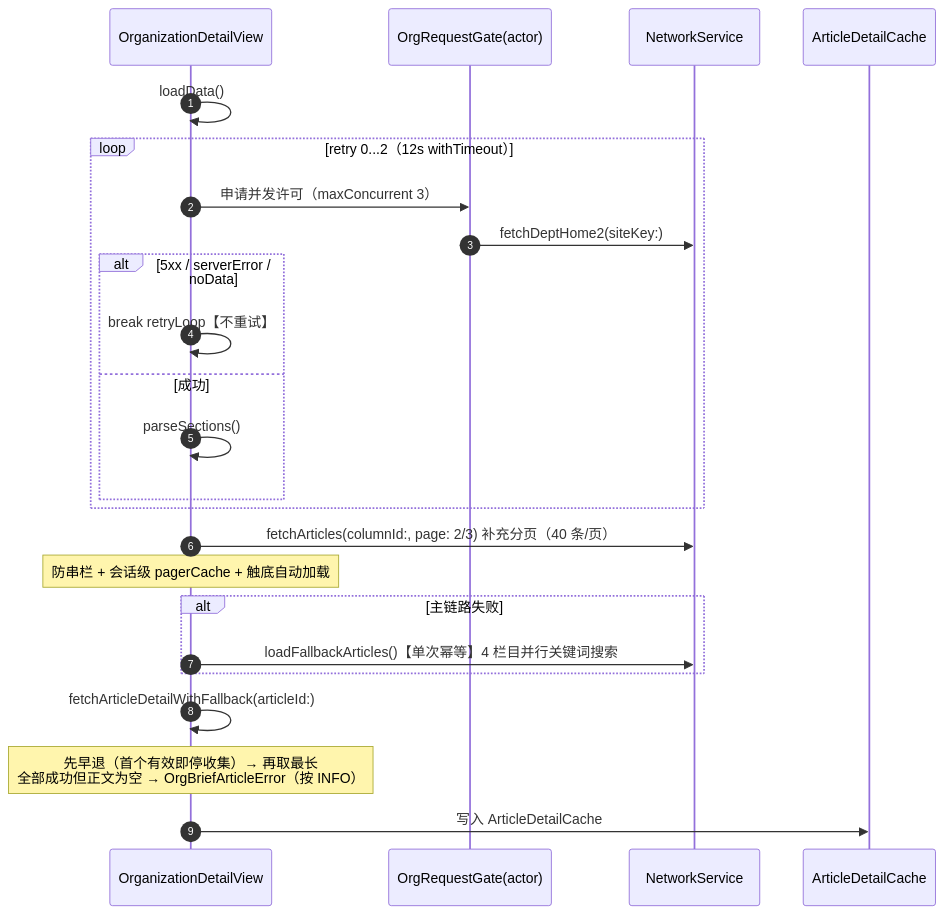
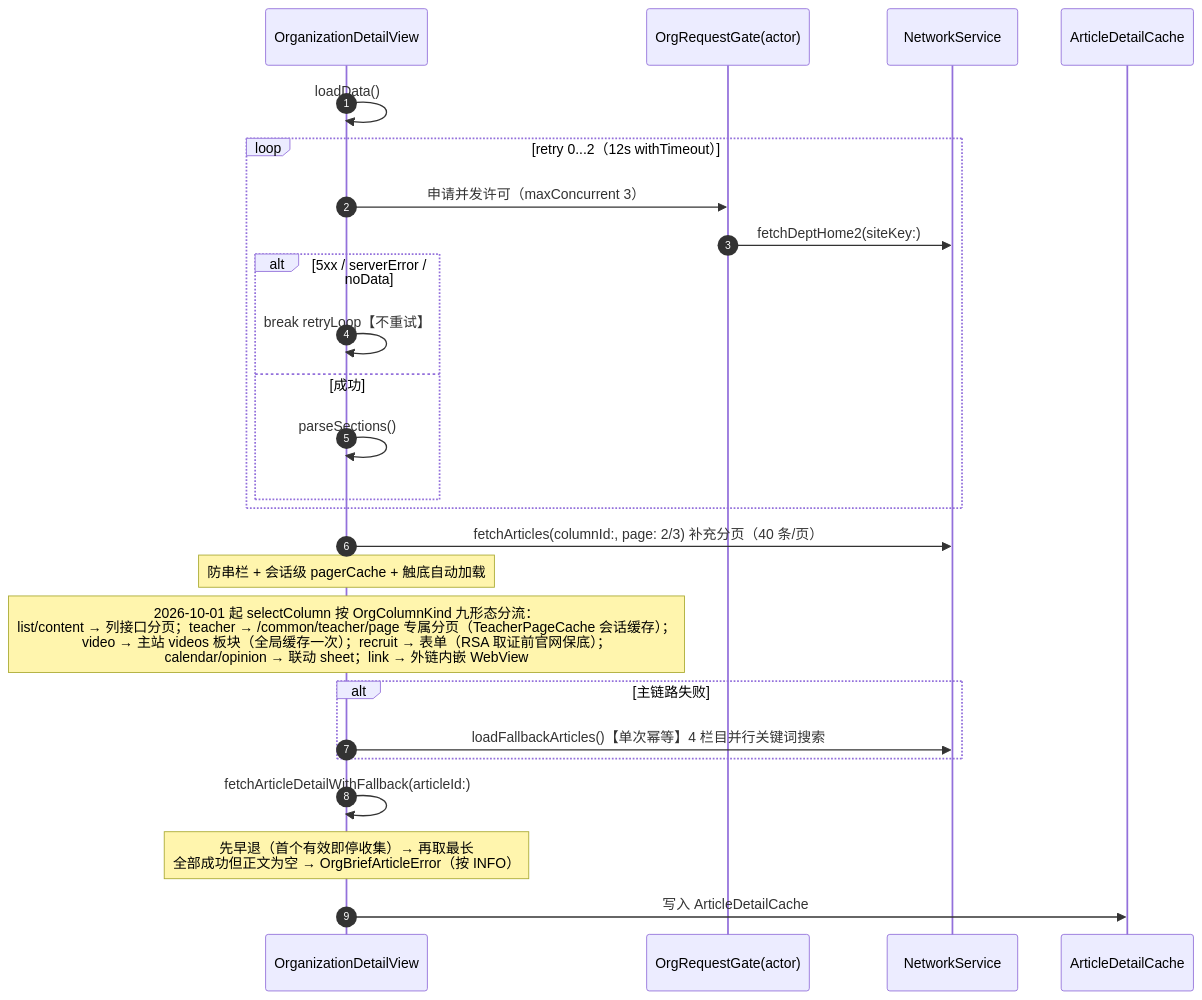
One commit to kkkh/demo changed the third of 9 diagrams in code-wiki/06-接口契约与调用链.md. Above: the diagram before and after it, drawn with Mermaid. The commit also changed other lines of this file and 19 other files, not shown here.

````diff
--- a/code-wiki/06-接口契约与调用链.md
+++ b/code-wiki/06-接口契约与调用链.md
@@ -298,27 +310,28 @@
 ```mermaid
 sequenceDiagram
     autonumber
     participant V as OrganizationDetailView
     participant G as OrgRequestGate(actor)
     participant NS as NetworkService
     participant C as ArticleDetailCache
 
     V->>V: loadData()
     loop retry 0...2（12s withTimeout）
         V->>G: 申请并发许可（maxConcurrent 3）
         G->>NS: fetchDeptHome2(siteKey:)
         alt 5xx / serverError / noData
             V->>V: break retryLoop【不重试】
         else 成功
             V->>V: parseSections()
         end
     end
     V->>NS: fetchArticles(columnId:, page: 2/3) 补充分页（40 条/页）
     Note over V: 防串栏 + 会话级 pagerCache + 触底自动加载
+    Note over V: 2026-10-01 起 selectColumn 按 OrgColumnKind 九形态分流：<br/>list/content → 列接口分页；teacher → /common/teacher/page 专属分页（TeacherPageCache 会话缓存）；<br/>video → 主站 videos 板块（全局缓存一次）；recruit → 表单（RSA 取证前官网保底）；<br/>calendar/opinion → 联动 sheet；link → 外链内嵌 WebView
     alt 主链路失败
         V->>NS: loadFallbackArticles()【单次幂等】4 栏目并行关键词搜索
     end
     V->>V: fetchArticleDetailWithFallback(articleId:)
     Note over V: 先早退（首个有效即停收集）→ 再取最长<br/>全部成功但正文为空 → OrgBriefArticleError（按 INFO）
     V->>C: 写入 ArticleDetailCache
 ```
````
